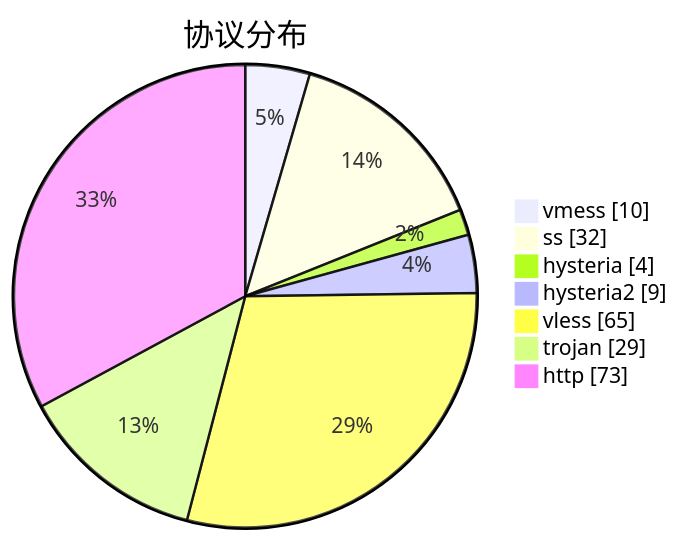
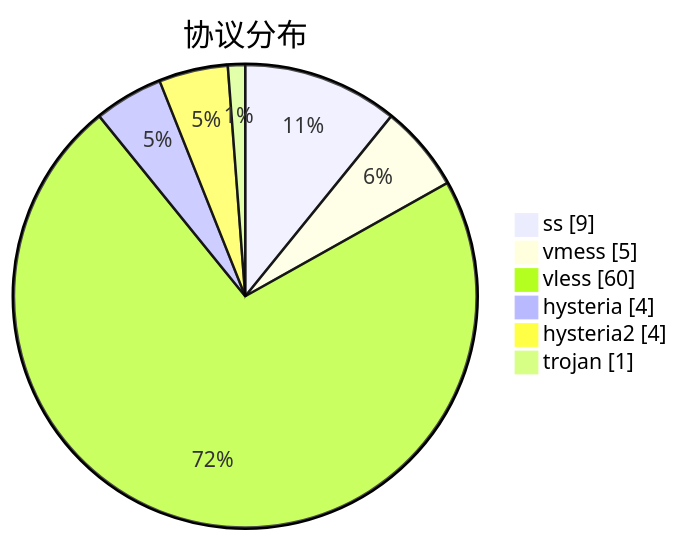
One commit to sinspired/airport changed the third of 3 diagrams in subs/statistics/tested_within.md. Above: the diagram before and after it, drawn with Mermaid. The commit also changed other lines of this file and 2 other files, not shown here.

````diff
--- a/subs/statistics/tested_within.md
+++ b/subs/statistics/tested_within.md
@@ -73,11 +26,10 @@
 ```mermaid
 pie showData
 title 协议分布
-"vmess" : 10
-"ss" : 32
+"ss" : 9
+"vmess" : 5
+"vless" : 60
 "hysteria" : 4
-"hysteria2" : 9
-"vless" : 65
-"trojan" : 29
-"http" : 73
+"hysteria2" : 4
+"trojan" : 1
 ```
````
